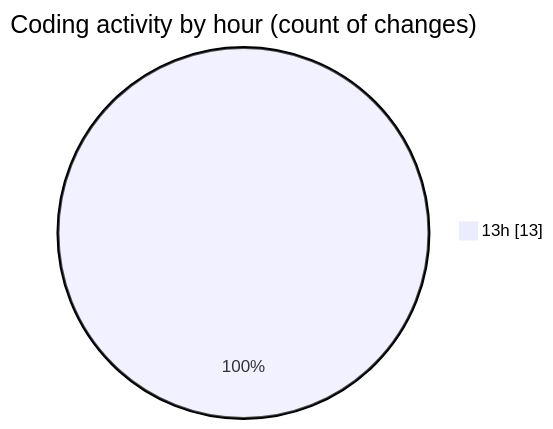
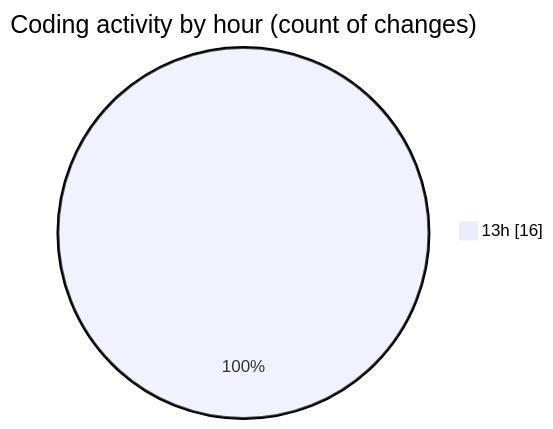
One commit to momahboobian/code-tracking changed the second of 2 diagrams in 2026-10-23/cda/README.md. Above: the diagram before and after it, drawn with Mermaid. The commit also changed other lines of this file and 1 other file, not shown here.

````diff
--- a/2026-10-23/cda/README.md
+++ b/2026-10-23/cda/README.md
@@ -37,5 +37,5 @@
 ```mermaid
 pie showData
 title Coding activity by hour (count of changes)
-"13h" : 13
+"13h" : 16
 ```
````
